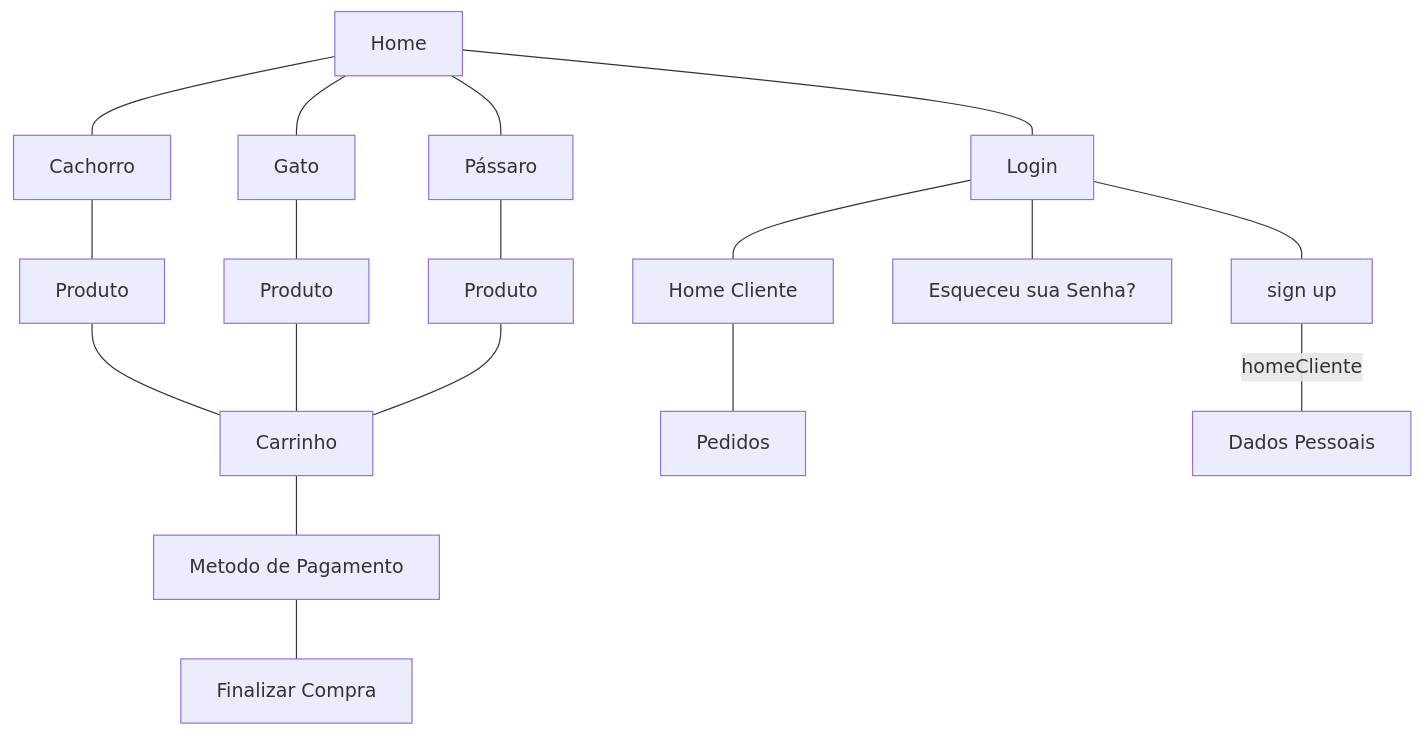
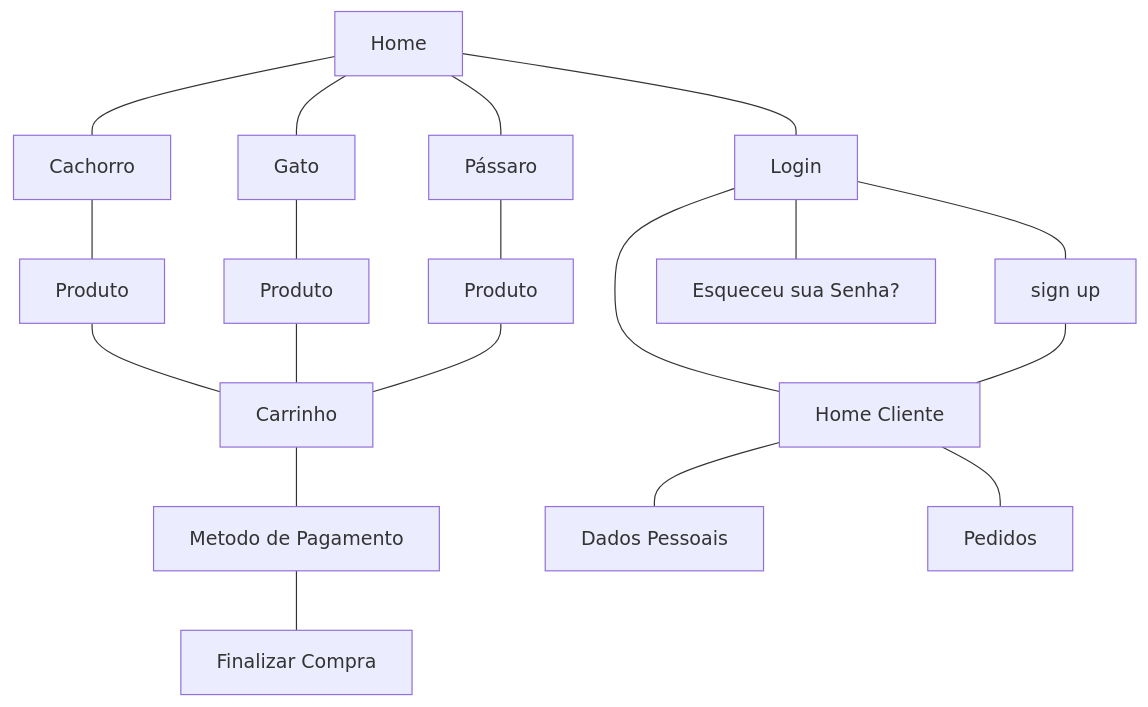
The diagram in README.md (viniciussm07/pet-shop), drawn with Mermaid before and after one commit.

````diff
--- a/README.md
+++ b/README.md
@@ -13,26 +13,26 @@
 ```mermaid
   graph TD;
       Home---Cachorro;
       Cachorro---produto1[Produto];
       
       Home---Gato;
       Gato---produto2[Produto];
       
       Home---Pássaro;
       Pássaro---produto3[Produto];
       
       Home---login[Login];
       login---homeCliente[Home Cliente]
       login---esqueciASenha[Esqueceu sua Senha?];
       login---register[sign up]
-      register--
+      register---homeCliente
       homeCliente---dadosPessoais[Dados Pessoais]
       homeCliente---Pedidos
       
       produto1---carrinho[Carrinho]
       produto2---carrinho
       produto3---carrinho
       
       carrinho---metodoDePagamento[Metodo de Pagamento]
       metodoDePagamento---finalizarCompra[Finalizar Compra]
 ```
````
